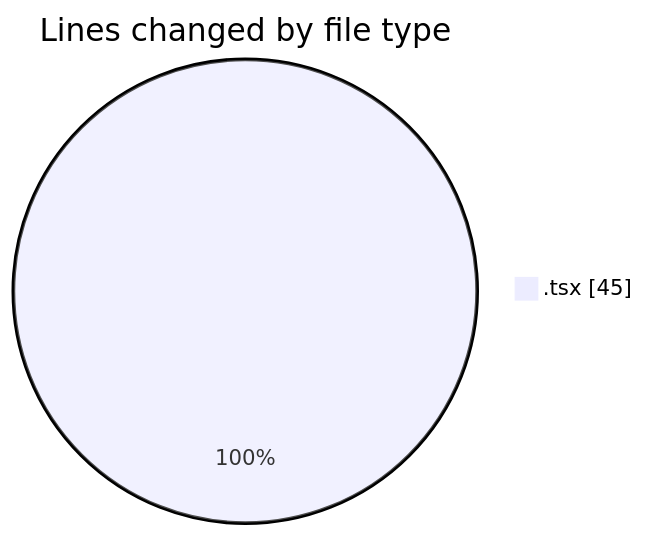
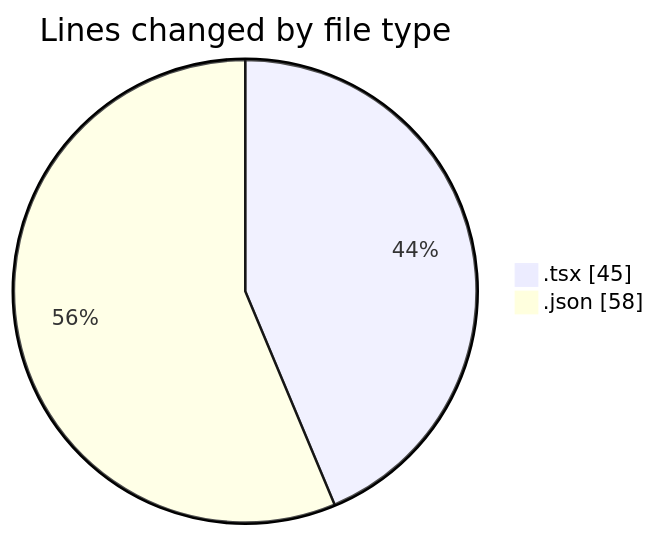
The first of 2 diagrams in 2026-02-25/nextjs-version/README.md (jadenblack/code-tracking), drawn with Mermaid before and after one commit. The commit also changed other lines of this file and 1 other file, not shown here.

````diff
--- a/2026-02-25/nextjs-version/README.md
+++ b/2026-02-25/nextjs-version/README.md
@@ -20,5 +21,6 @@
 ```mermaid
 pie showData
 title Lines changed by file type
 ".tsx" : 45
+".json" : 58
 ```
````
